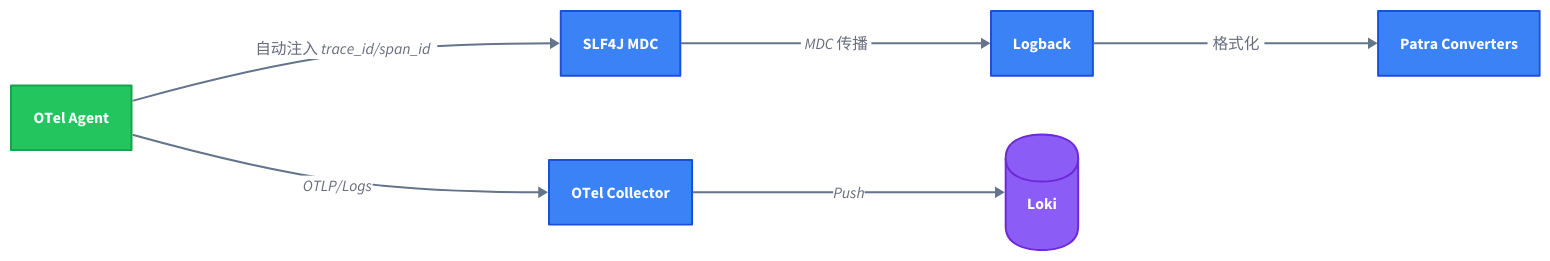
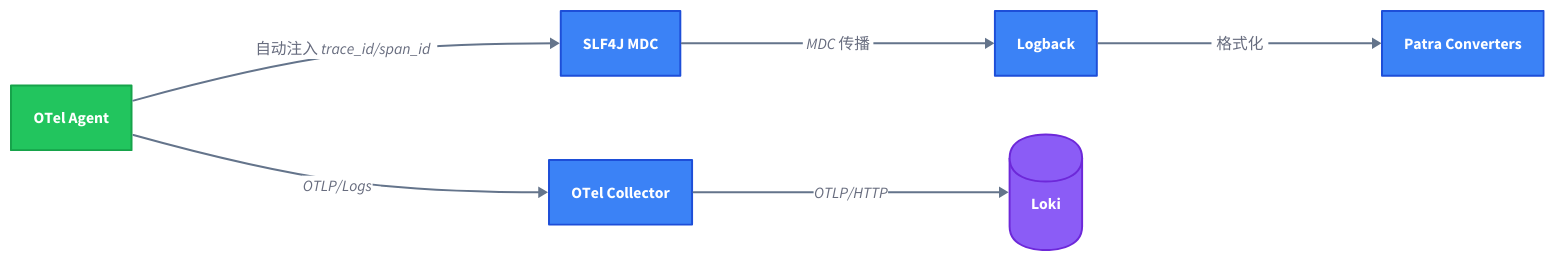
Before and after one commit to linqibin0826/patra: the fourth of 5 diagrams in patra-api/docs/designs/observability/04-otel-integration.md, drawn with D2. The commit also changed other lines of this file and 8 other files, not shown here.

````diff
--- a/patra-api/docs/designs/observability/04-otel-integration.md
+++ b/patra-api/docs/designs/observability/04-otel-integration.md
@@ -313,44 +319,44 @@
 ```d2 width=800
 direction: right
 
 classes: {
   app: {
     style: {
       fill: "#22c55e"
       stroke: "#16a34a"
       stroke-width: 2
       font-color: "#ffffff"
     }
   }
   component: {
     style: {
       fill: "#3b82f6"
       stroke: "#1d4ed8"
       stroke-width: 2
       font-color: "#ffffff"
     }
   }
   storage: {
     shape: cylinder
     style: {
       fill: "#8b5cf6"
       stroke: "#6d28d9"
       stroke-width: 2
       font-color: "#ffffff"
     }
   }
 }
 
 agent: OTel Agent {class: app}
 mdc: SLF4J MDC {class: component}
 logback: Logback {class: component}
 converter: Patra Converters {class: component}
 collector: OTel Collector {class: component}
 loki: Loki {class: storage}
 
 agent -> mdc: 自动注入 trace_id/span_id {style.stroke: "#64748b"; style.stroke-width: 2}
 mdc -> logback: MDC 传播 {style.stroke: "#64748b"; style.stroke-width: 2}
 logback -> converter: 格式化 {style.stroke: "#64748b"; style.stroke-width: 2}
 agent -> collector: OTLP/Logs {style.stroke: "#64748b"; style.stroke-width: 2}
-collector -> loki: Push {style.stroke: "#64748b"; style.stroke-width: 2}
+collector -> loki: OTLP/HTTP {style.stroke: "#64748b"; style.stroke-width: 2}
 ```
````
